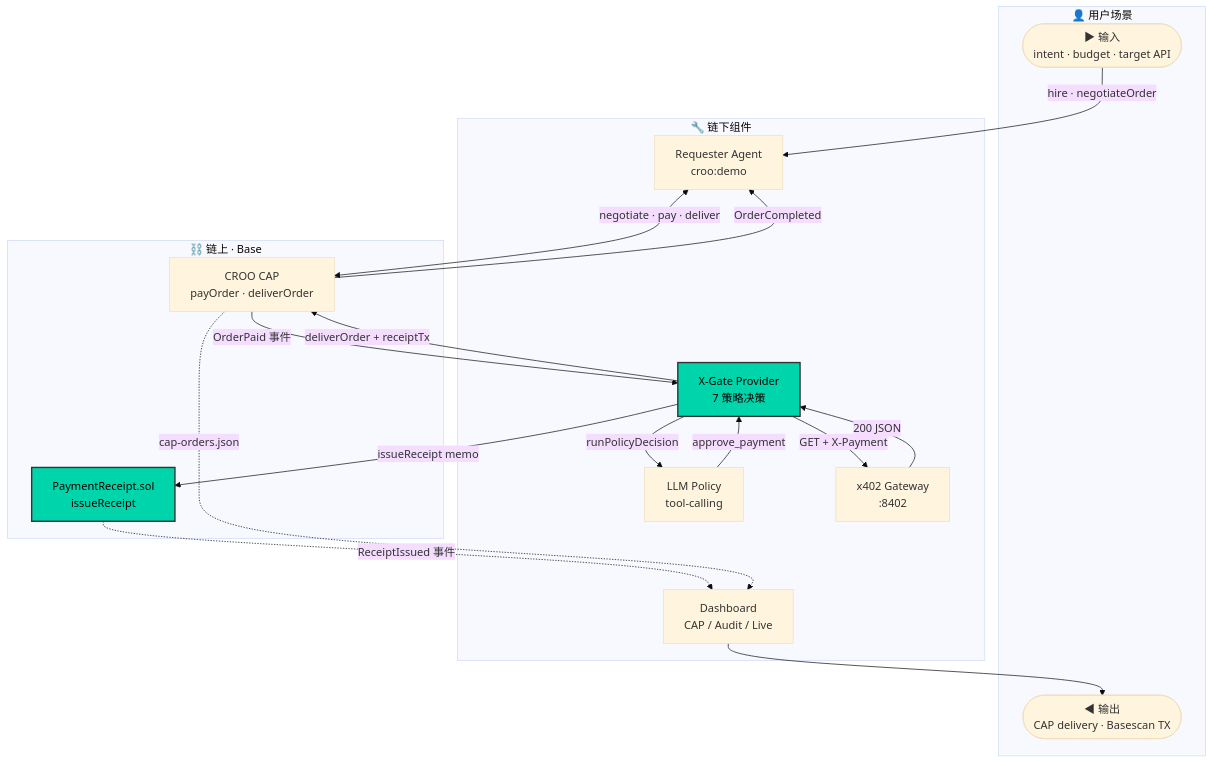
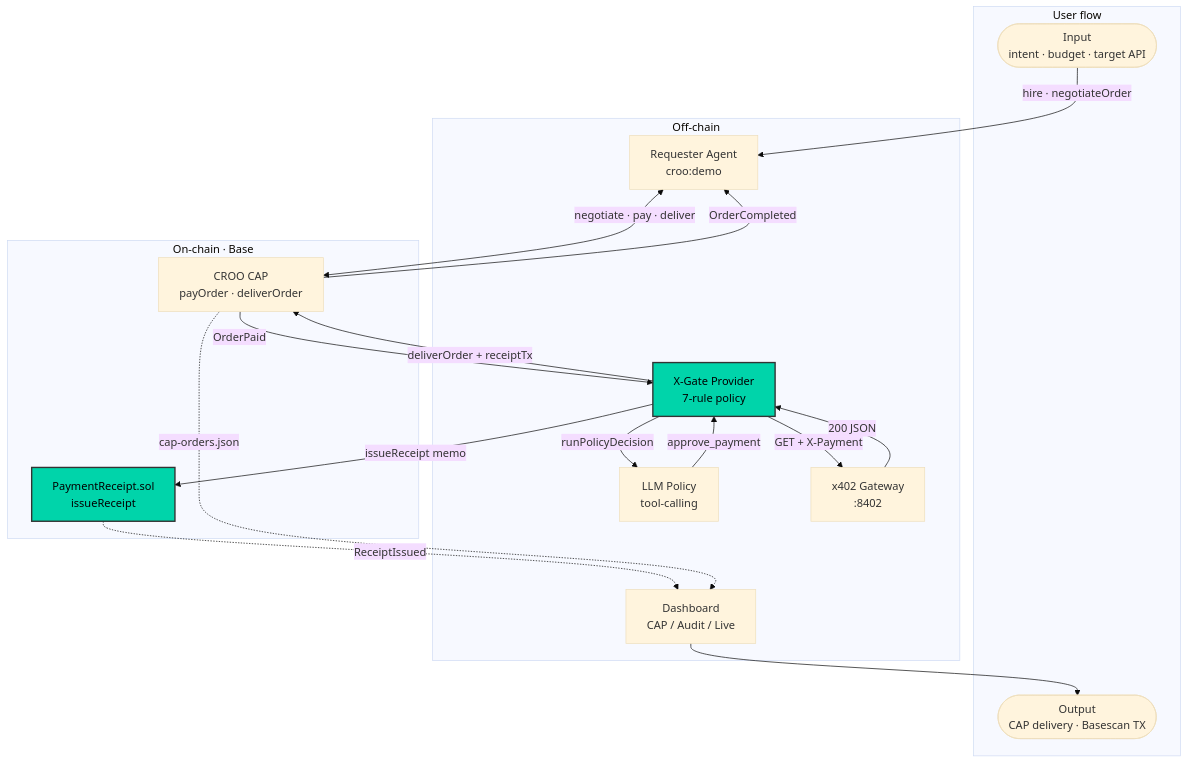
The second of 3 diagrams in README.md (rgtang/x-gate), drawn with Mermaid (base theme) before and after one commit. The commit also changed other lines of this file and 2 other files, not shown here.

````diff
--- a/README.md
+++ b/README.md
@@ -115,37 +97,37 @@
 ```mermaid
 flowchart TB
-  subgraph User["👤 用户场景"]
-    UIN(["▶ 输入<br/>intent · budget · target API"])
-    UOUT(["◀ 输出<br/>CAP delivery · Basescan TX"])
+  subgraph User["User flow"]
+    UIN(["Input<br/>intent · budget · target API"])
+    UOUT(["Output<br/>CAP delivery · Basescan TX"])
   end
 
-  subgraph OffChain["🔧 链下组件"]
+  subgraph OffChain["Off-chain"]
     REQ["Requester Agent<br/>croo:demo"]
-    PROV["X-Gate Provider<br/>7 策略决策"]
+    PROV["X-Gate Provider<br/>7-rule policy"]
     LLM["LLM Policy<br/>tool-calling"]
     GW["x402 Gateway<br/>:8402"]
     WEB["Dashboard<br/>CAP / Audit / Live"]
   end
 
-  subgraph OnChain["⛓️ 链上 · Base"]
+  subgraph OnChain["On-chain · Base"]
     CAP["CROO CAP<br/>payOrder · deliverOrder"]
     REC["PaymentReceipt.sol<br/>issueReceipt"]
   end
 
   UIN -->|hire · negotiateOrder| REQ
   REQ <-->|negotiate · pay · deliver| CAP
-  CAP -->|OrderPaid 事件| PROV
+  CAP -->|OrderPaid| PROV
   PROV -->|runPolicyDecision| LLM
   LLM -->|approve_payment| PROV
   PROV -->|GET + X-Payment| GW
   GW -->|200 JSON| PROV
   PROV -->|issueReceipt memo| REC
   PROV -->|deliverOrder + receiptTx| CAP
   CAP -->|OrderCompleted| REQ
-  REC -.->|ReceiptIssued 事件| WEB
+  REC -.->|ReceiptIssued| WEB
   CAP -.->|cap-orders.json| WEB
   WEB --> UOUT
 
   classDef highlight fill:#00D4AA,stroke:#333,stroke-width:2px,color:#000
   class PROV,REC highlight
 ```
````
